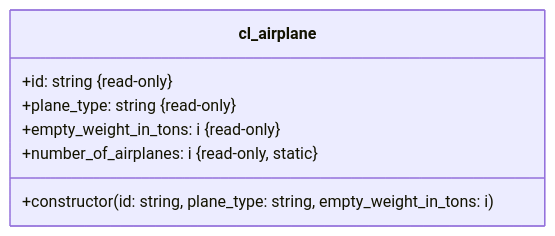
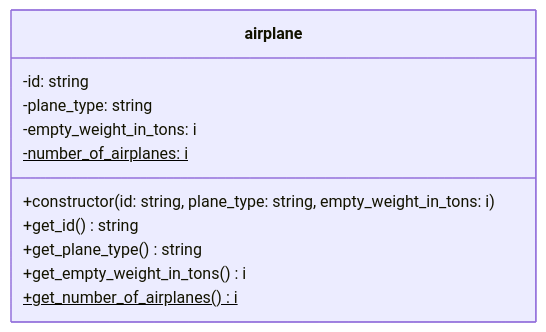
The diagram in docs/exercises/abap-objects/abap-objects-04.md (appenmaier/s4hana), drawn with Mermaid before and after one commit.

````diff
--- a/docs/exercises/abap-objects/abap-objects-04.md
+++ b/docs/exercises/abap-objects/abap-objects-04.md
@@ -11,10 +11,14 @@
 ```mermaid
 classDiagram
-   class cl_airplane {
-      +id: string &#123read-only&#125
-      +plane_type: string &#123read-only&#125
-      +empty_weight_in_tons: i &#123read-only&#125
-      +number_of_airplanes: i &#123read-only, static&#125
+   class airplane {
+      -id: string
+      -plane_type: string
+      -empty_weight_in_tons: i
+      -number_of_airplanes: i$
       +constructor(id: string, plane_type: string, empty_weight_in_tons: i)
+      +get_id() string
+      +get_plane_type() string
+      +get_empty_weight_in_tons() i
+      +get_number_of_airplanes() i$
    }
 ```
````
